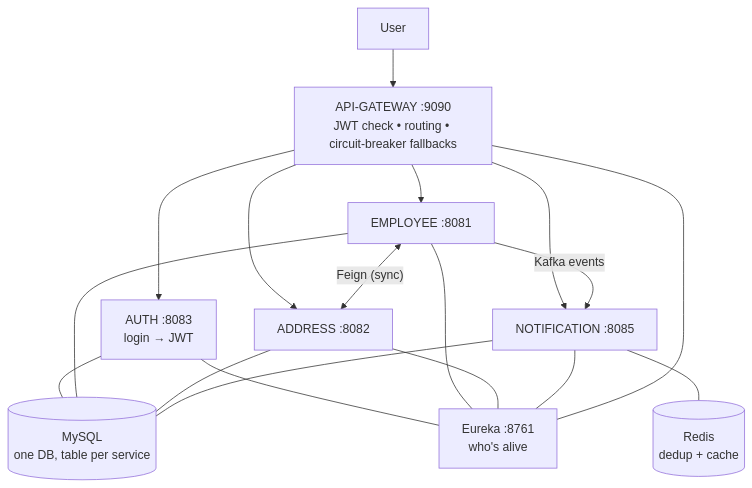
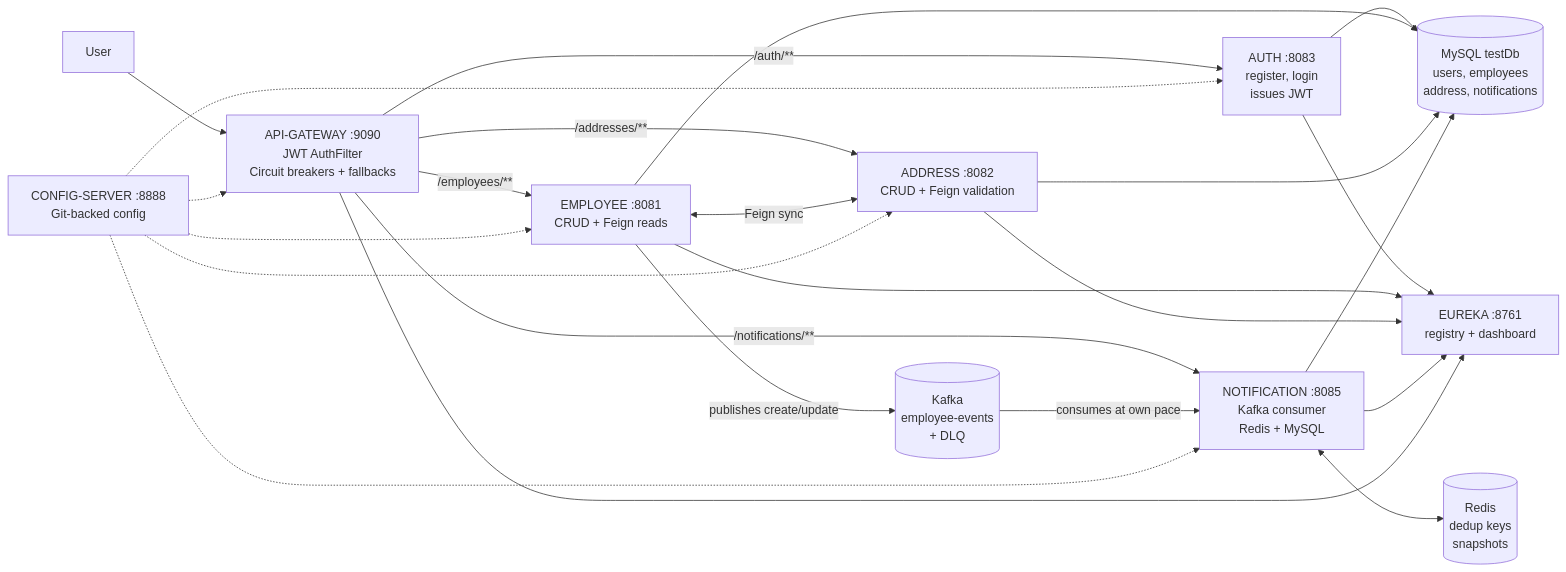
The diagram in README.md (sumeet-choudhary/spring-boot-microservices-project), drawn with Mermaid before and after one commit.

Commit message:
README: restore detailed architecture diagram

````diff
--- a/README.md
+++ b/README.md
@@ -40,16 +40,20 @@
 ```mermaid
-flowchart TD
-    USER["User"] --> GW["API-GATEWAY :9090<br/>JWT check • routing • circuit-breaker fallbacks"]
+flowchart LR
+    USER["User"] --> GW["API-GATEWAY :9090<br/>JWT AuthFilter<br/>Circuit breakers + fallbacks"]
 
-    GW --> AUTH["AUTH :8083<br/>login → JWT"]
-    GW --> EMP["EMPLOYEE :8081"]
-    GW --> ADDR["ADDRESS :8082"]
-    GW --> NOTIF["NOTIFICATION :8085"]
+    GW -->|"/auth/**"| AUTH["AUTH :8083<br/>register, login<br/>issues JWT"]
+    GW -->|"/employees/**"| EMP["EMPLOYEE :8081<br/>CRUD + Feign reads"]
+    GW -->|"/addresses/**"| ADDR["ADDRESS :8082<br/>CRUD + Feign validation"]
+    GW -->|"/notifications/**"| NOTIF["NOTIFICATION :8085<br/>Kafka consumer<br/>Redis + MySQL"]
 
-    EMP <-->|"Feign (sync)"| ADDR
-    EMP -->|"Kafka events"| NOTIF
+    EMP <-->|Feign sync| ADDR
 
-    NOTIF --- REDIS[("Redis<br/>dedup + cache")]
-    AUTH & EMP & ADDR & NOTIF --- DB[("MySQL<br/>one DB, table per service")]
-    AUTH & EMP & ADDR & NOTIF & GW --- EUR["Eureka :8761<br/>who's alive"]
+    EMP -->|publishes create/update| KAFKA[("Kafka<br/>employee-events<br/>+ DLQ")]
+    KAFKA -->|consumes at own pace| NOTIF
+
+    NOTIF <--> REDIS[("Redis<br/>dedup keys<br/>snapshots")]
+    AUTH & EMP & ADDR & NOTIF --> MYSQL[("MySQL testDb<br/>users, employees<br/>address, notifications")]
+
+    AUTH & EMP & ADDR & NOTIF & GW --> EUREKA["EUREKA :8761<br/>registry + dashboard"]
+    CFG["CONFIG-SERVER :8888<br/>Git-backed config"] -.-> AUTH & EMP & ADDR & NOTIF & GW
 ```
````
